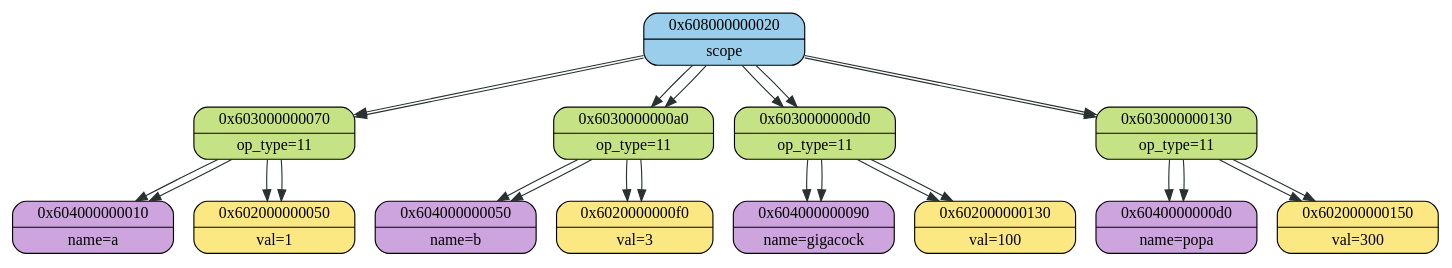
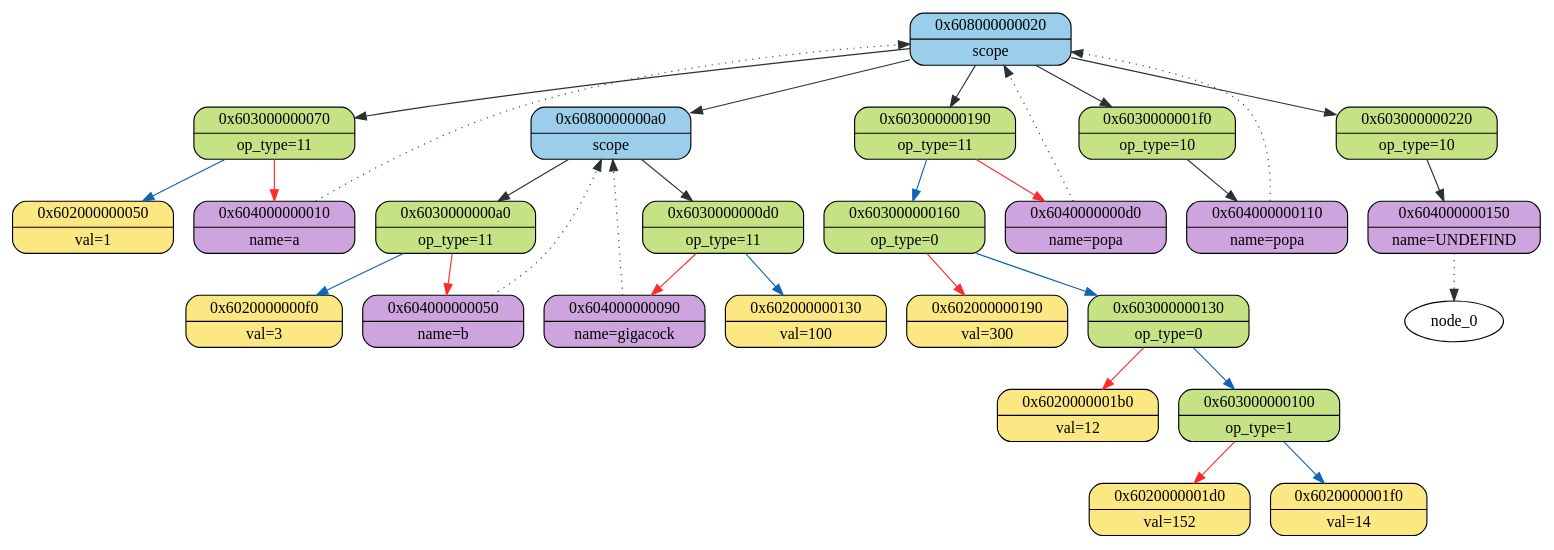
Before and after one commit to 2APetrin/ParaCL: the diagram in ast/logs/log_graphviz.dot, drawn with Graphviz. The commit also changed 6 other files, not shown here.

```diff
--- a/ast/logs/log_graphviz.dot
+++ b/ast/logs/log_graphviz.dot
@@ -1,52 +1,56 @@
 digraph
 {
     node_0x608000000020[shape = Mrecord, label = "{{0x608000000020} | {scope}}", style = "filled", fillcolor = "#9ACEEB"];
     node_0x603000000070[shape = Mrecord, label = "{{0x603000000070} | {op_type=11}}", style = "filled", fillcolor = "#C5E384"];
     node_0x604000000010[shape = Mrecord, label = "{{0x604000000010} | {name=a}}", style = "filled", fillcolor = "#CDA4DE"];
+    node_0x604000000010->node_0x608000000020 [ style = "dotted", color = "#293133"];
     node_0x602000000050[shape = Mrecord, label = "{{0x602000000050} | {val=1}}", style = "filled", fillcolor = "#FCE883"];
-    node_0x603000000070->node_0x604000000010 [color = "#293133"];
-    node_0x603000000070->node_0x602000000050 [color = "#293133"];
+    node_0x603000000070->node_0x604000000010 [color = "#FF2B2B"];
+    node_0x603000000070->node_0x602000000050 [color = "#1164B4"];
     node_0x608000000020->node_0x603000000070 [color = "#293133"];
+    node_0x6080000000a0[shape = Mrecord, label = "{{0x6080000000a0} | {scope}}", style = "filled", fillcolor = "#9ACEEB"];
     node_0x6030000000a0[shape = Mrecord, label = "{{0x6030000000a0} | {op_type=11}}", style = "filled", fillcolor = "#C5E384"];
     node_0x604000000050[shape = Mrecord, label = "{{0x604000000050} | {name=b}}", style = "filled", fillcolor = "#CDA4DE"];
+    node_0x604000000050->node_0x6080000000a0 [ style = "dotted", color = "#293133"];
     node_0x6020000000f0[shape = Mrecord, label = "{{0x6020000000f0} | {val=3}}", style = "filled", fillcolor = "#FCE883"];
-    node_0x6030000000a0->node_0x604000000050 [color = "#293133"];
-    node_0x6030000000a0->node_0x6020000000f0 [color = "#293133"];
-    node_0x608000000020->node_0x6030000000a0 [color = "#293133"];
+    node_0x6030000000a0->node_0x604000000050 [color = "#FF2B2B"];
+    node_0x6030000000a0->node_0x6020000000f0 [color = "#1164B4"];
+    node_0x6080000000a0->node_0x6030000000a0 [color = "#293133"];
     node_0x6030000000d0[shape = Mrecord, label = "{{0x6030000000d0} | {op_type=11}}", style = "filled", fillcolor = "#C5E384"];
     node_0x604000000090[shape = Mrecord, label = "{{0x604000000090} | {name=gigacock}}", style = "filled", fillcolor = "#CDA4DE"];
+    node_0x604000000090->node_0x6080000000a0 [ style = "dotted", color = "#293133"];
     node_0x602000000130[shape = Mrecord, label = "{{0x602000000130} | {val=100}}", style = "filled", fillcolor = "#FCE883"];
-    node_0x6030000000d0->node_0x604000000090 [color = "#293133"];
-    node_0x6030000000d0->node_0x602000000130 [color = "#293133"];
-    node_0x608000000020->node_0x6030000000d0 [color = "#293133"];
-    node_0x603000000130[shape = Mrecord, label = "{{0x603000000130} | {op_type=11}}", style = "filled", fillcolor = "#C5E384"];
+    node_0x6030000000d0->node_0x604000000090 [color = "#FF2B2B"];
+    node_0x6030000000d0->node_0x602000000130 [color = "#1164B4"];
+    node_0x6080000000a0->node_0x6030000000d0 [color = "#293133"];
+    node_0x608000000020->node_0x6080000000a0 [color = "#293133"];
+    node_0x603000000190[shape = Mrecord, label = "{{0x603000000190} | {op_type=11}}", style = "filled", fillcolor = "#C5E384"];
     node_0x6040000000d0[shape = Mrecord, label = "{{0x6040000000d0} | {name=popa}}", style = "filled", fillcolor = "#CDA4DE"];
-    node_0x602000000150[shape = Mrecord, label = "{{0x602000000150} | {val=300}}", style = "filled", fillcolor = "#FCE883"];
-    node_0x603000000130->node_0x6040000000d0 [color = "#293133"];
-    node_0x603000000130->node_0x602000000150 [color = "#293133"];
-    node_0x608000000020->node_0x603000000130 [color = "#293133"];
-    node_0x603000000130[shape = Mrecord, label = "{{0x603000000130} | {op_type=11}}", style = "filled", fillcolor = "#C5E384"];
-    node_0x6040000000d0[shape = Mrecord, label = "{{0x6040000000d0} | {name=popa}}", style = "filled", fillcolor = "#CDA4DE"];
-    node_0x602000000150[shape = Mrecord, label = "{{0x602000000150} | {val=300}}", style = "filled", fillcolor = "#FCE883"];
-    node_0x603000000130->node_0x6040000000d0 [color = "#293133"];
-    node_0x603000000130->node_0x602000000150 [color = "#293133"];
-    node_0x608000000020->node_0x603000000130 [color = "#293133"];
-    node_0x6030000000d0[shape = Mrecord, label = "{{0x6030000000d0} | {op_type=11}}", style = "filled", fillcolor = "#C5E384"];
-    node_0x604000000090[shape = Mrecord, label = "{{0x604000000090} | {name=gigacock}}", style = "filled", fillcolor = "#CDA4DE"];
-    node_0x602000000130[shape = Mrecord, label = "{{0x602000000130} | {val=100}}", style = "filled", fillcolor = "#FCE883"];
-    node_0x6030000000d0->node_0x604000000090 [color = "#293133"];
-    node_0x6030000000d0->node_0x602000000130 [color = "#293133"];
-    node_0x608000000020->node_0x6030000000d0 [color = "#293133"];
-    node_0x6030000000a0[shape = Mrecord, label = "{{0x6030000000a0} | {op_type=11}}", style = "filled", fillcolor = "#C5E384"];
-    node_0x604000000050[shape = Mrecord, label = "{{0x604000000050} | {name=b}}", style = "filled", fillcolor = "#CDA4DE"];
-    node_0x6020000000f0[shape = Mrecord, label = "{{0x6020000000f0} | {val=3}}", style = "filled", fillcolor = "#FCE883"];
-    node_0x6030000000a0->node_0x604000000050 [color = "#293133"];
-    node_0x6030000000a0->node_0x6020000000f0 [color = "#293133"];
-    node_0x608000000020->node_0x6030000000a0 [color = "#293133"];
-    node_0x603000000070[shape = Mrecord, label = "{{0x603000000070} | {op_type=11}}", style = "filled", fillcolor = "#C5E384"];
-    node_0x604000000010[shape = Mrecord, label = "{{0x604000000010} | {name=a}}", style = "filled", fillcolor = "#CDA4DE"];
-    node_0x602000000050[shape = Mrecord, label = "{{0x602000000050} | {val=1}}", style = "filled", fillcolor = "#FCE883"];
-    node_0x603000000070->node_0x604000000010 [color = "#293133"];
-    node_0x603000000070->node_0x602000000050 [color = "#293133"];
-    node_0x608000000020->node_0x603000000070 [color = "#293133"];
+    node_0x6040000000d0->node_0x608000000020 [ style = "dotted", color = "#293133"];
+    node_0x603000000160[shape = Mrecord, label = "{{0x603000000160} | {op_type=0}}", style = "filled", fillcolor = "#C5E384"];
+    node_0x602000000190[shape = Mrecord, label = "{{0x602000000190} | {val=300}}", style = "filled", fillcolor = "#FCE883"];
+    node_0x603000000130[shape = Mrecord, label = "{{0x603000000130} | {op_type=0}}", style = "filled", fillcolor = "#C5E384"];
+    node_0x6020000001b0[shape = Mrecord, label = "{{0x6020000001b0} | {val=12}}", style = "filled", fillcolor = "#FCE883"];
+    node_0x603000000100[shape = Mrecord, label = "{{0x603000000100} | {op_type=1}}", style = "filled", fillcolor = "#C5E384"];
+    node_0x6020000001d0[shape = Mrecord, label = "{{0x6020000001d0} | {val=152}}", style = "filled", fillcolor = "#FCE883"];
+    node_0x6020000001f0[shape = Mrecord, label = "{{0x6020000001f0} | {val=14}}", style = "filled", fillcolor = "#FCE883"];
+    node_0x603000000100->node_0x6020000001d0 [color = "#FF2B2B"];
+    node_0x603000000100->node_0x6020000001f0 [color = "#1164B4"];
+    node_0x603000000130->node_0x6020000001b0 [color = "#FF2B2B"];
+    node_0x603000000130->node_0x603000000100 [color = "#1164B4"];
+    node_0x603000000160->node_0x602000000190 [color = "#FF2B2B"];
+    node_0x603000000160->node_0x603000000130 [color = "#1164B4"];
+    node_0x603000000190->node_0x6040000000d0 [color = "#FF2B2B"];
+    node_0x603000000190->node_0x603000000160 [color = "#1164B4"];
+    node_0x608000000020->node_0x603000000190 [color = "#293133"];
+    node_0x6030000001f0[shape = Mrecord, label = "{{0x6030000001f0} | {op_type=10}}", style = "filled", fillcolor = "#C5E384"];
+    node_0x604000000110[shape = Mrecord, label = "{{0x604000000110} | {name=popa}}", style = "filled", fillcolor = "#CDA4DE"];
+    node_0x604000000110->node_0x608000000020 [ style = "dotted", color = "#293133"];
+    node_0x6030000001f0->node_0x604000000110 [color = "#293133"];
+    node_0x608000000020->node_0x6030000001f0 [color = "#293133"];
+    node_0x603000000220[shape = Mrecord, label = "{{0x603000000220} | {op_type=10}}", style = "filled", fillcolor = "#C5E384"];
+    node_0x604000000150[shape = Mrecord, label = "{{0x604000000150} | {name=UNDEFIND}}", style = "filled", fillcolor = "#CDA4DE"];
+    node_0x604000000150->node_0 [ style = "dotted", color = "#293133"];
+    node_0x603000000220->node_0x604000000150 [color = "#293133"];
+    node_0x608000000020->node_0x603000000220 [color = "#293133"];
 }
```
